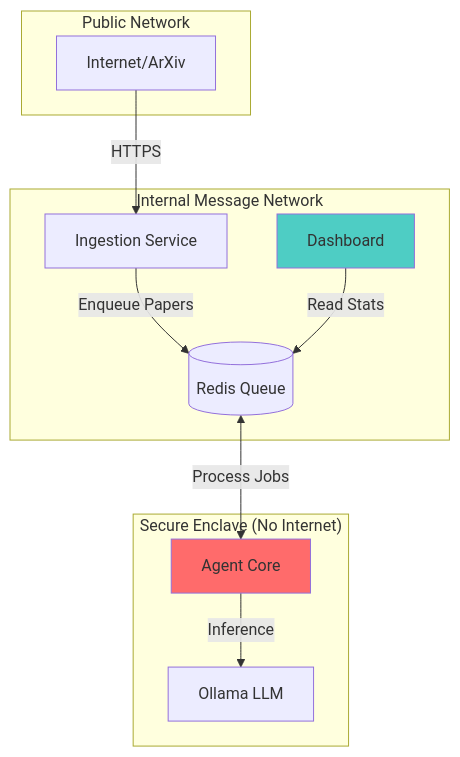
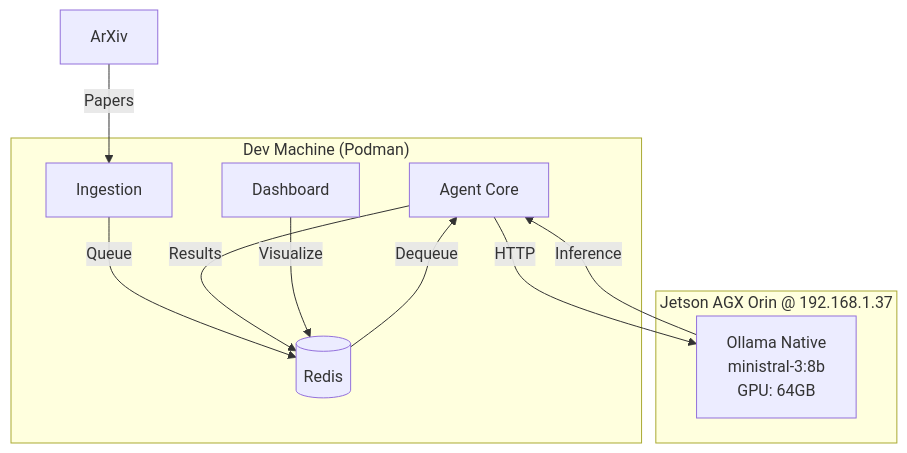
One commit to Kravty/ai-safety-radar changed the diagram in PROJECT_STATE.md. Above: the diagram before and after it, drawn with Mermaid. The commit also changed other lines of this file and 1 other file, not shown here.

Commit message:
docs: document Jetson remote inference architecture [session 2026-01-02]

````diff
--- a/PROJECT_STATE.md
+++ b/PROJECT_STATE.md
@@ -83,26 +83,21 @@
 ```mermaid
 graph TB
-    subgraph "Public Network"
-        Internet[Internet/ArXiv]
+    subgraph "Dev Machine (Podman)"
+        Agent[Agent Core]
+        Redis[(Redis)]
+        Dash[Dashboard]
+        Ingest[Ingestion]
     end
     
-    subgraph "Internal Message Network"
-        Ingestion[Ingestion Service]
-        Redis[(Redis Queue)]
-        Dashboard[Dashboard]
-    end
-
-    subgraph "Secure Enclave (No Internet)"
-        Agent[Agent Core]
-        Ollama[Ollama LLM]
+    subgraph "Jetson AGX Orin @ 192.168.1.37"
+        Ollama[Ollama Native<br/>ministral-3:8b<br/>GPU: 64GB]
     end
     
-    Internet -->|HTTPS| Ingestion
-    Ingestion -->|Enqueue Papers| Redis
-    Redis <-->|Process Jobs| Agent
-    Agent -->|Inference| Ollama
-    Dashboard -->|Read Stats| Redis
-    
-    style Agent fill:#ff6b6b
-    style Dashboard fill:#4ecdc4
+    Internet[ArXiv] -->|Papers| Ingest
+    Ingest -->|Queue| Redis
+    Redis -->|Dequeue| Agent
+    Agent -->|HTTP| Ollama
+    Ollama -->|Inference| Agent
+    Agent -->|Results| Redis
+    Dash -->|Visualize| Redis
 ```
````
